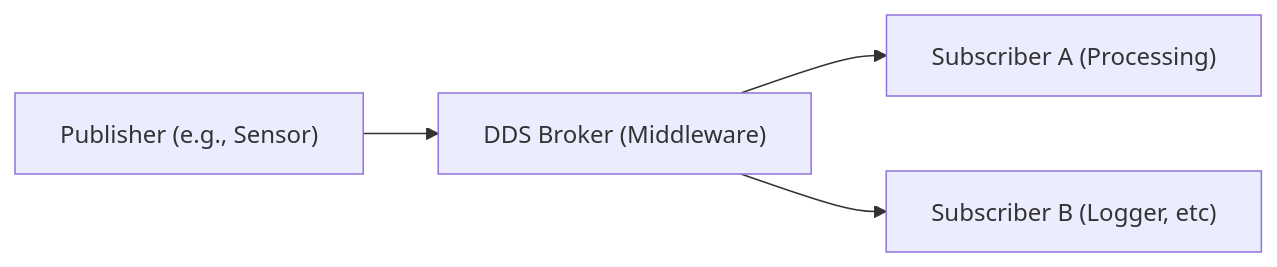
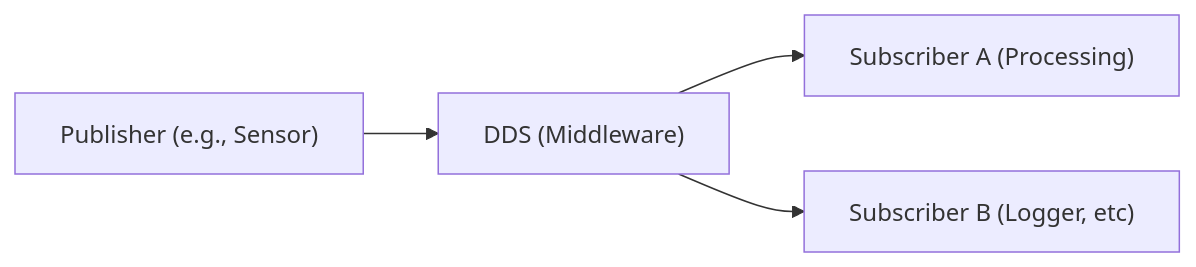
The eighth of 8 diagrams in docs/drobots/ros/pubsub-model.md (alohamujeeb/alohamujeeb.github.io), drawn with Mermaid before and after one commit. The commit also changed other lines of this file and 1 other file, not shown here.

````diff
--- a/docs/drobots/ros/pubsub-model.md
+++ b/docs/drobots/ros/pubsub-model.md
@@ -193,11 +193,11 @@
 ```mermaid
 graph LR
     Publisher["Publisher (e.g., Sensor)"]
-    DDS["DDS Broker (Middleware)"]
+    DDS["DDS (Middleware)"]
     SubscriberA["Subscriber A (Processing)"]
     SubscriberB["Subscriber B (Logger, etc)"]
 
     Publisher --> DDS
     DDS --> SubscriberA
     DDS --> SubscriberB
 ```
````
